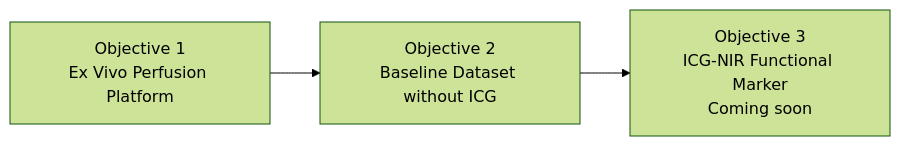
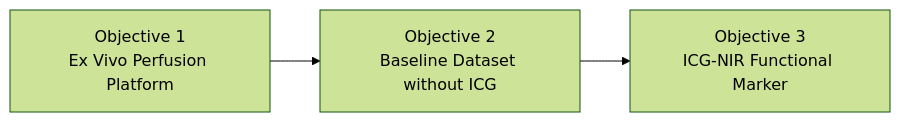
Before and after one commit to Eoweo/CarlosMoreno.github.io: the first of 3 diagrams in portfolio.qmd, drawn with Mermaid (forest theme). The commit also changed other lines of this file and 1 other file, not shown here.

````diff
--- a/portfolio.qmd
+++ b/portfolio.qmd
@@ -21,6 +21,6 @@
 ```{mermaid}
 flowchart LR
     O1["Objective 1<br/>Ex Vivo Perfusion Platform"]
     O1 --> O2["Objective 2<br/>Baseline Dataset without ICG"]
-    O2 --> O3["Objective 3<br/>ICG-NIR Functional Marker<br/>Coming soon"]
+    O2 --> O3["Objective 3<br/>ICG-NIR Functional Marker"]
 ```
````
